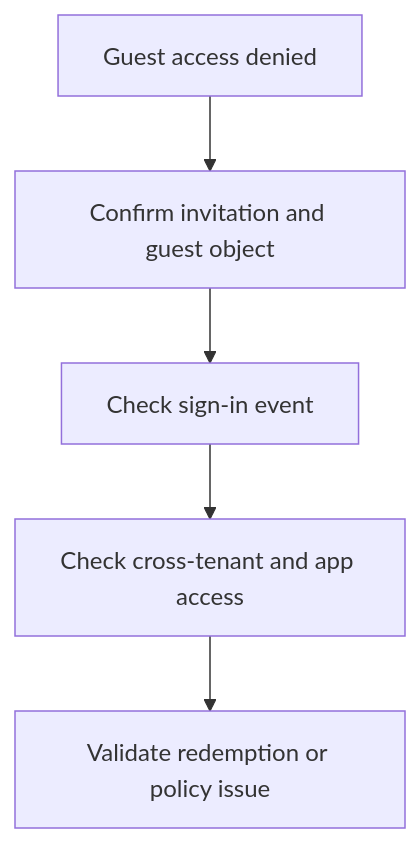
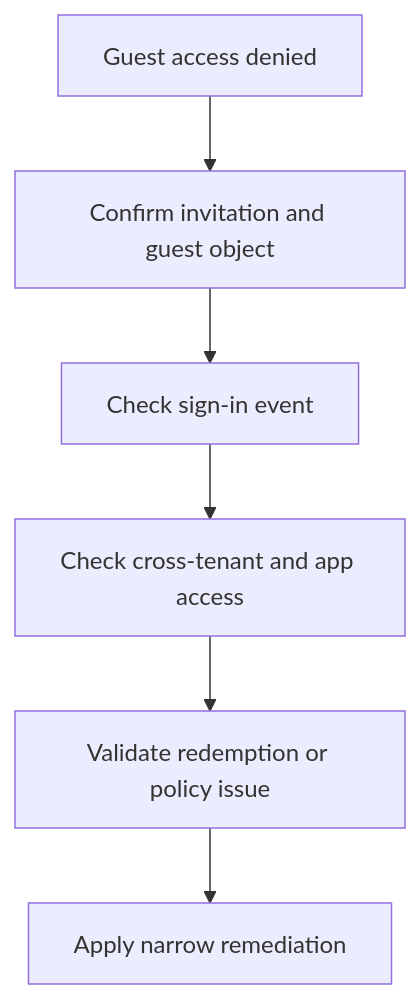
The diagram in docs/troubleshooting/playbooks/guest-access-denied.md (yeongseon/azure-entra-id-practical-guide), drawn with Mermaid before and after one commit. The commit also changed other lines of this file and 29 other files, not shown here.

````diff
--- a/docs/troubleshooting/playbooks/guest-access-denied.md
+++ b/docs/troubleshooting/playbooks/guest-access-denied.md
@@ -19,7 +40,8 @@
 ```mermaid
 flowchart TD
     A[Guest access denied] --> B[Confirm invitation and guest object]
     B --> C[Check sign-in event]
     C --> D[Check cross-tenant and app access]
     D --> E[Validate redemption or policy issue]
+    E --> F[Apply narrow remediation]
 ```
````
